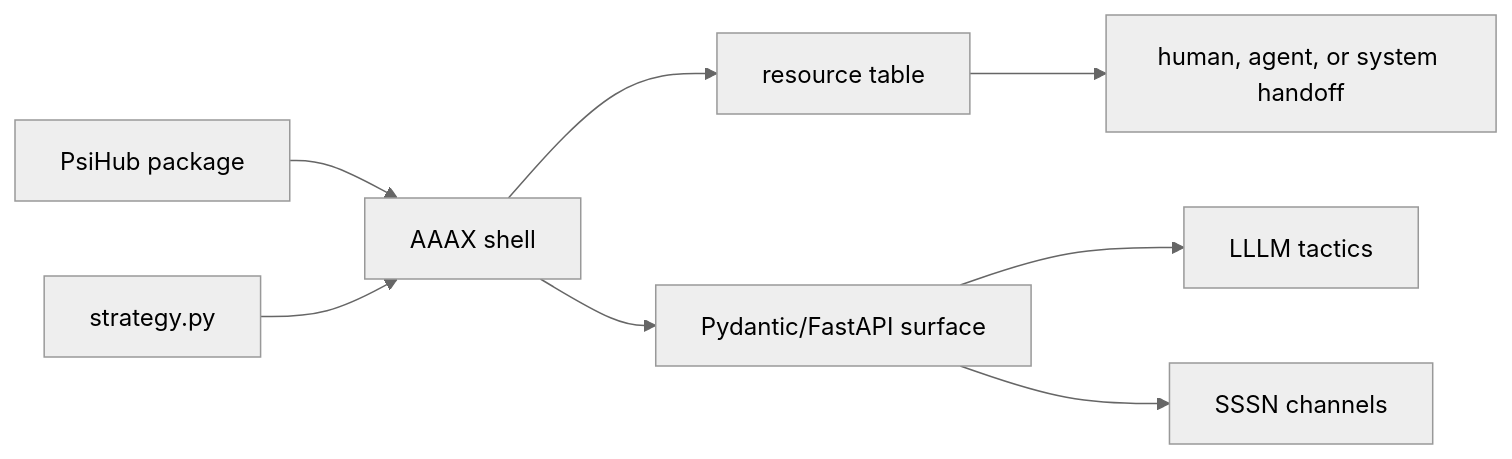
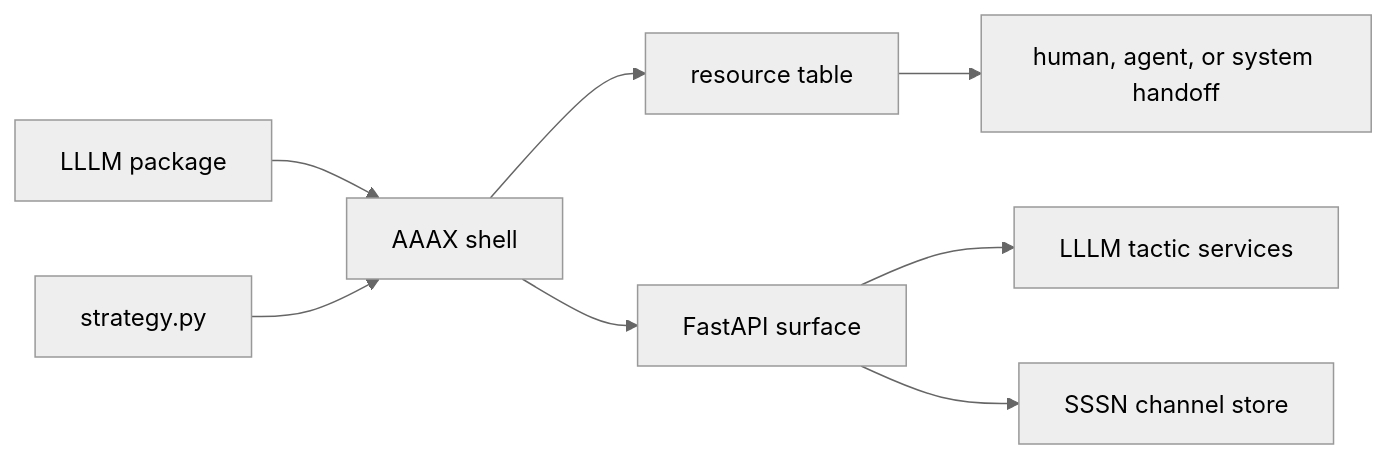
Before and after one commit to Productive-Superintelligence/aaax: the diagram in docs/index.md, drawn with Mermaid (neutral theme). The commit also changed other lines of this file and 25 other files, not shown here.

First line of the commit message:
Refine the aaax.one docs around LLLM

````diff
--- a/docs/index.md
+++ b/docs/index.md
@@ -80,10 +84,10 @@
 ```mermaid
 flowchart LR
-  A["PsiHub package"] --> B["AAAX shell"]
+  A["LLLM package"] --> B["AAAX shell"]
   C["strategy.py"] --> B
   B --> D["resource table"]
-  B --> E["Pydantic/FastAPI surface"]
-  E --> F["LLLM tactics"]
-  E --> G["SSSN channels"]
+  B --> E["FastAPI surface"]
+  E --> F["LLLM tactic services"]
+  E --> G["SSSN channel store"]
   D --> H["human, agent, or system handoff"]
 ```
````
